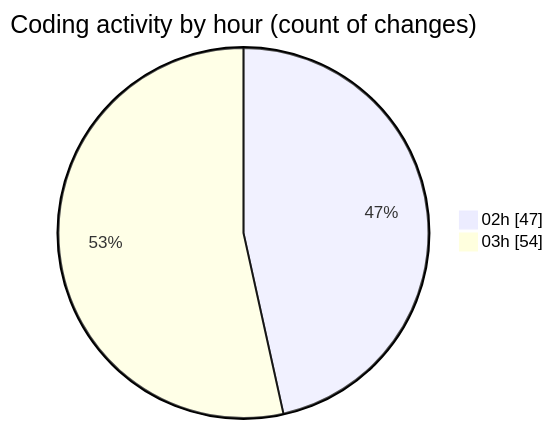
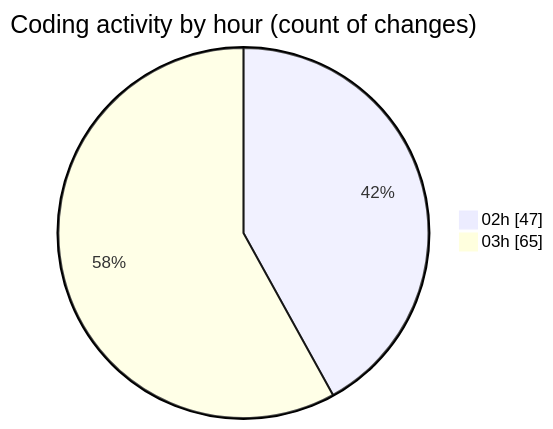
One commit to ernivani/code-tracking changed the second of 2 diagrams in 2025-01-02/3drust/README.md. Above: the diagram before and after it, drawn with Mermaid. The commit also changed other lines of this file and 2 other files, not shown here.

````diff
--- a/2025-01-02/3drust/README.md
+++ b/2025-01-02/3drust/README.md
@@ -38,6 +38,6 @@
 ```mermaid
 pie showData
 title Coding activity by hour (count of changes)
 "02h" : 47
-"03h" : 54
+"03h" : 65
 ```
````
